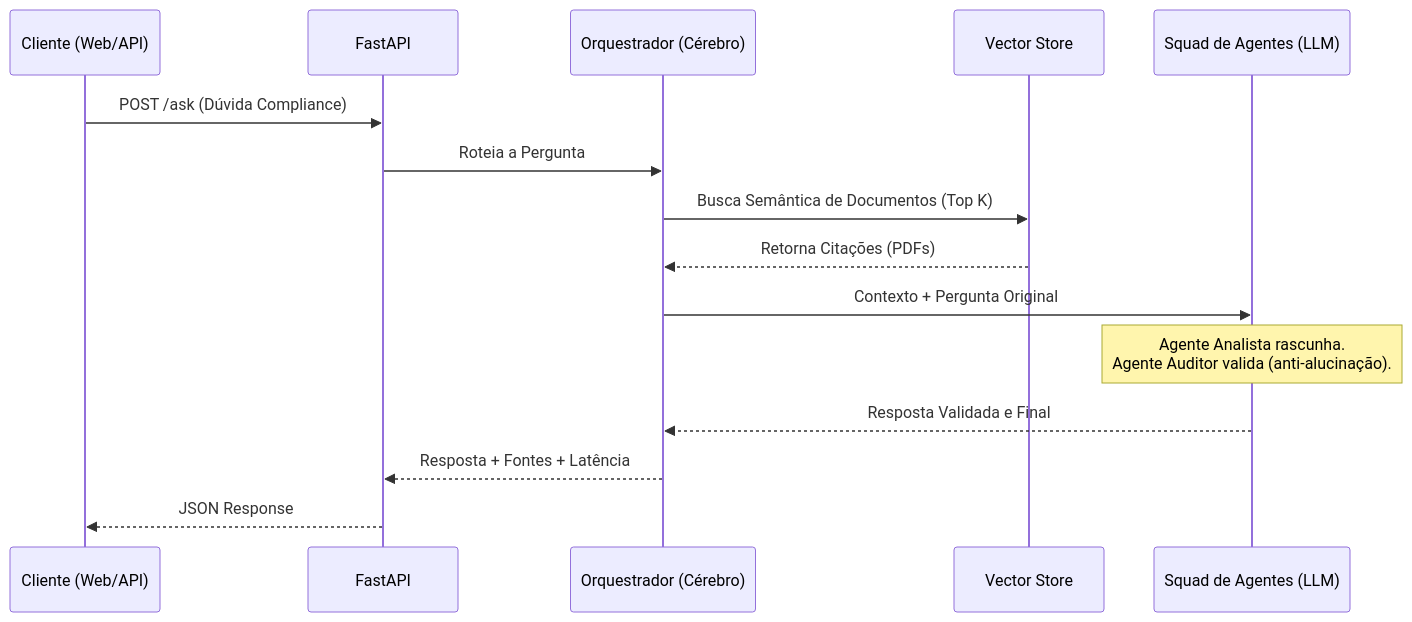
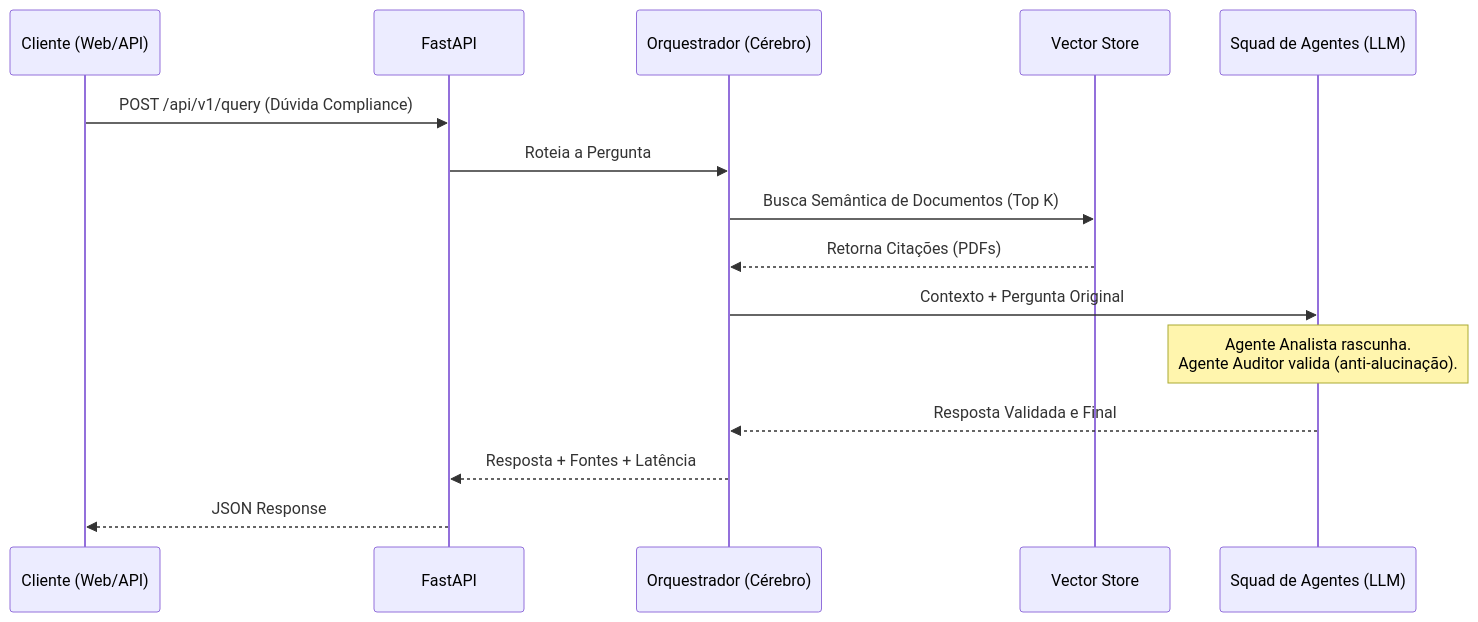
The diagram in README.md (MarcelDevBr/bacen-compliance-rag-agent), drawn with Mermaid before and after one commit. The commit also changed other lines of this file and 5 other files, not shown here.

Commit message:
refactor: migrate LLM provider to CrewAI, update API endpoint to /api/v1/query, and add E2E test script

````diff
--- a/README.md
+++ b/README.md
@@ -19,18 +19,18 @@
 ```mermaid
 sequenceDiagram
     participant User as Cliente (Web/API)
     participant API as FastAPI
     participant LangGraph as Orquestrador (Cérebro)
     participant ChromaDB as Vector Store
     participant CrewAI as Squad de Agentes (LLM)
 
-    User->>API: POST /ask (Dúvida Compliance)
+    User->>API: POST /api/v1/query (Dúvida Compliance)
     API->>LangGraph: Roteia a Pergunta
     LangGraph->>ChromaDB: Busca Semântica de Documentos (Top K)
     ChromaDB-->>LangGraph: Retorna Citações (PDFs)
     LangGraph->>CrewAI: Contexto + Pergunta Original
     Note over CrewAI: Agente Analista rascunha.<br/>Agente Auditor valida (anti-alucinação).
     CrewAI-->>LangGraph: Resposta Validada e Final
     LangGraph-->>API: Resposta + Fontes + Latência
     API-->>User: JSON Response
 ```
````
